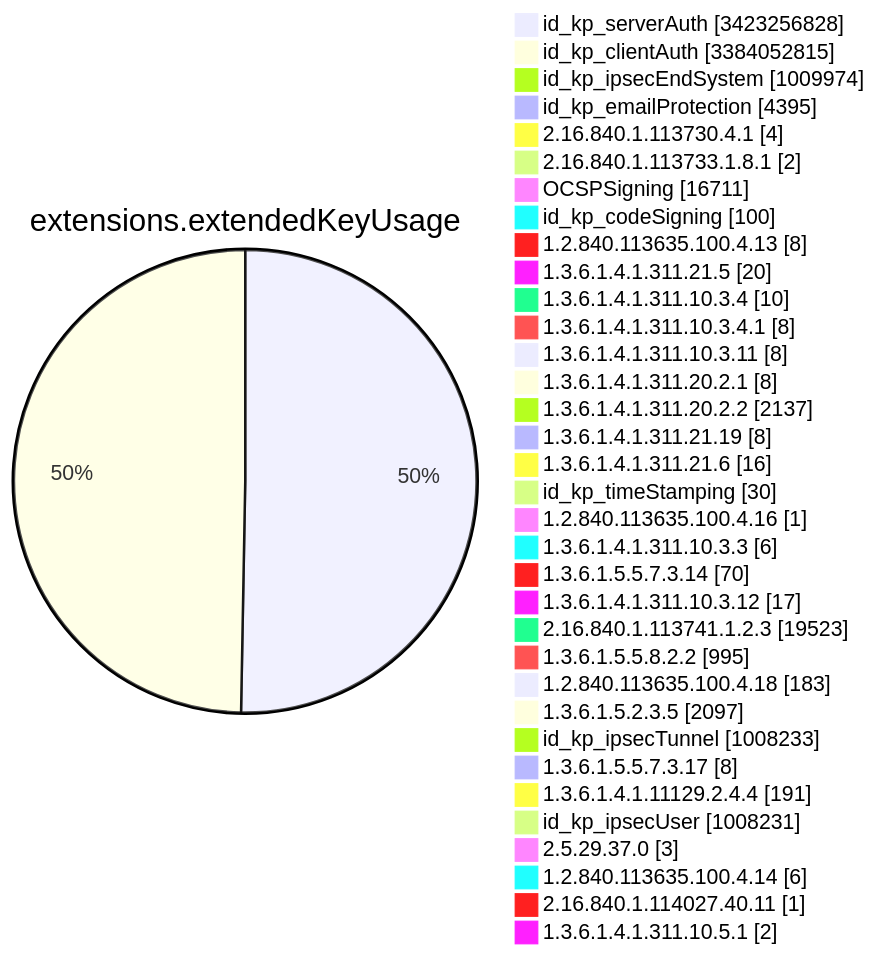
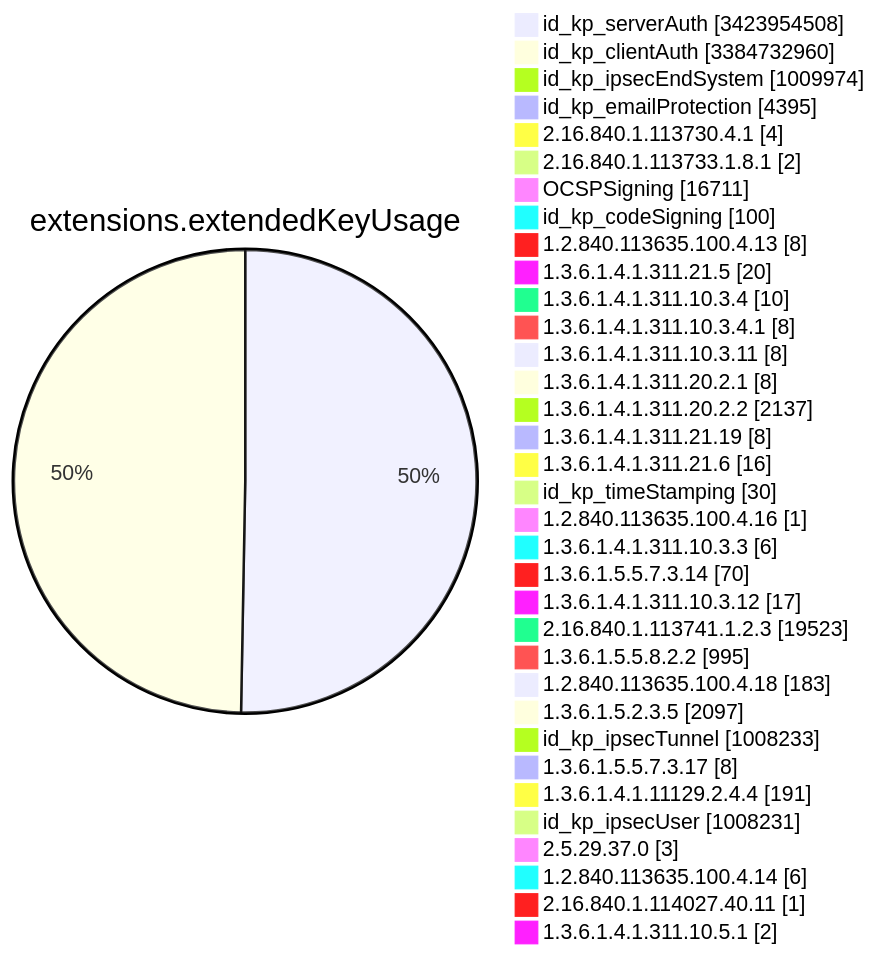
Before and after one commit to christiankrug/ctmonitor_visualization: diagram 11 of 15 in TOTAL/README.md, drawn with Mermaid. The commit also changed other lines of this file, not shown here.

````diff
--- a/TOTAL/README.md
+++ b/TOTAL/README.md
@@ -4122,38 +4122,38 @@
 ```mermaid
 pie showData
 title extensions.extendedKeyUsage
-"id_kp_serverAuth" :3423256828
-"id_kp_clientAuth" :3384052815
+"id_kp_serverAuth" :3423954508
+"id_kp_clientAuth" :3384732960
 "id_kp_ipsecEndSystem" :1009974
 "id_kp_emailProtection" :4395
 "2.16.840.1.113730.4.1" :4
 "2.16.840.1.113733.1.8.1" :2
 "OCSPSigning" :16711
 "id_kp_codeSigning" :100
 "1.2.840.113635.100.4.13" :8
 "1.3.6.1.4.1.311.21.5" :20
 "1.3.6.1.4.1.311.10.3.4" :10
 "1.3.6.1.4.1.311.10.3.4.1" :8
 "1.3.6.1.4.1.311.10.3.11" :8
 "1.3.6.1.4.1.311.20.2.1" :8
 "1.3.6.1.4.1.311.20.2.2" :2137
 "1.3.6.1.4.1.311.21.19" :8
 "1.3.6.1.4.1.311.21.6" :16
 "id_kp_timeStamping" :30
 "1.2.840.113635.100.4.16" :1
 "1.3.6.1.4.1.311.10.3.3" :6
 "1.3.6.1.5.5.7.3.14" :70
 "1.3.6.1.4.1.311.10.3.12" :17
 "2.16.840.1.113741.1.2.3" :19523
 "1.3.6.1.5.5.8.2.2" :995
 "1.2.840.113635.100.4.18" :183
 "1.3.6.1.5.2.3.5" :2097
 "id_kp_ipsecTunnel" :1008233
 "1.3.6.1.5.5.7.3.17" :8
 "1.3.6.1.4.1.11129.2.4.4" :191
 "id_kp_ipsecUser" :1008231
 "2.5.29.37.0" :3
 "1.2.840.113635.100.4.14" :6
 "2.16.840.1.114027.40.11" :1
 "1.3.6.1.4.1.311.10.5.1" :2
 ```
````
